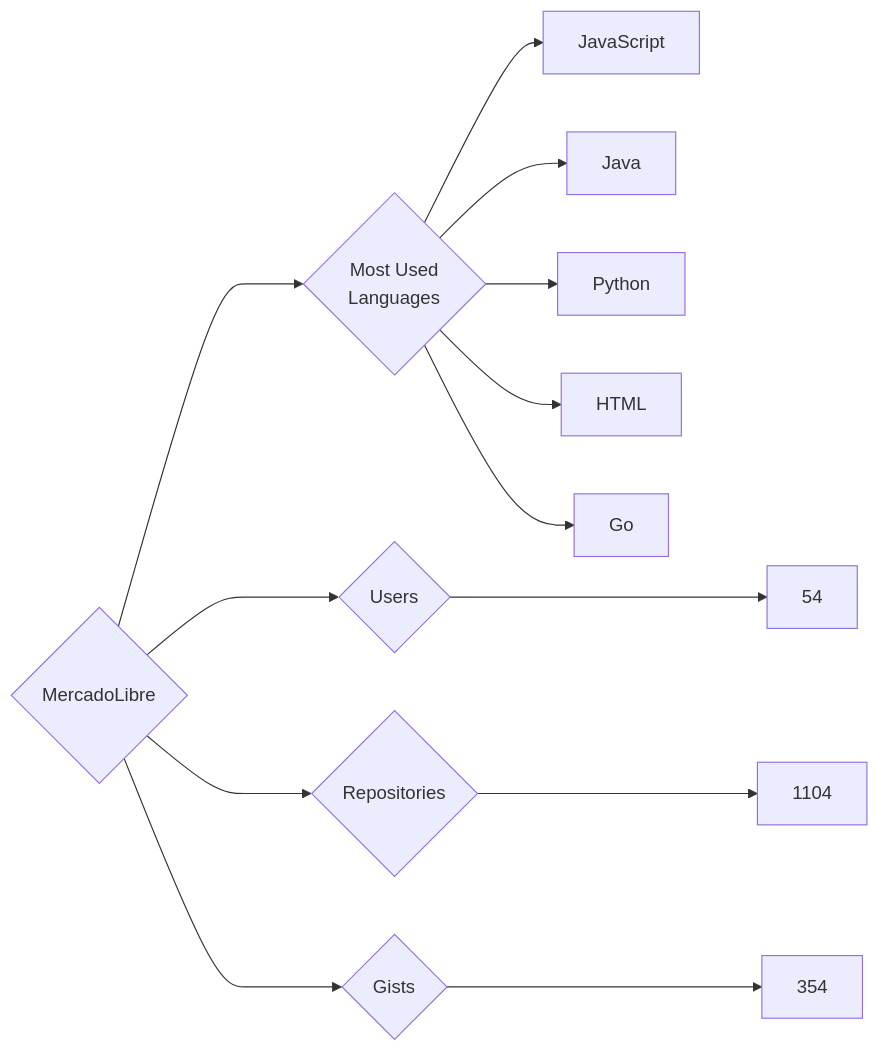
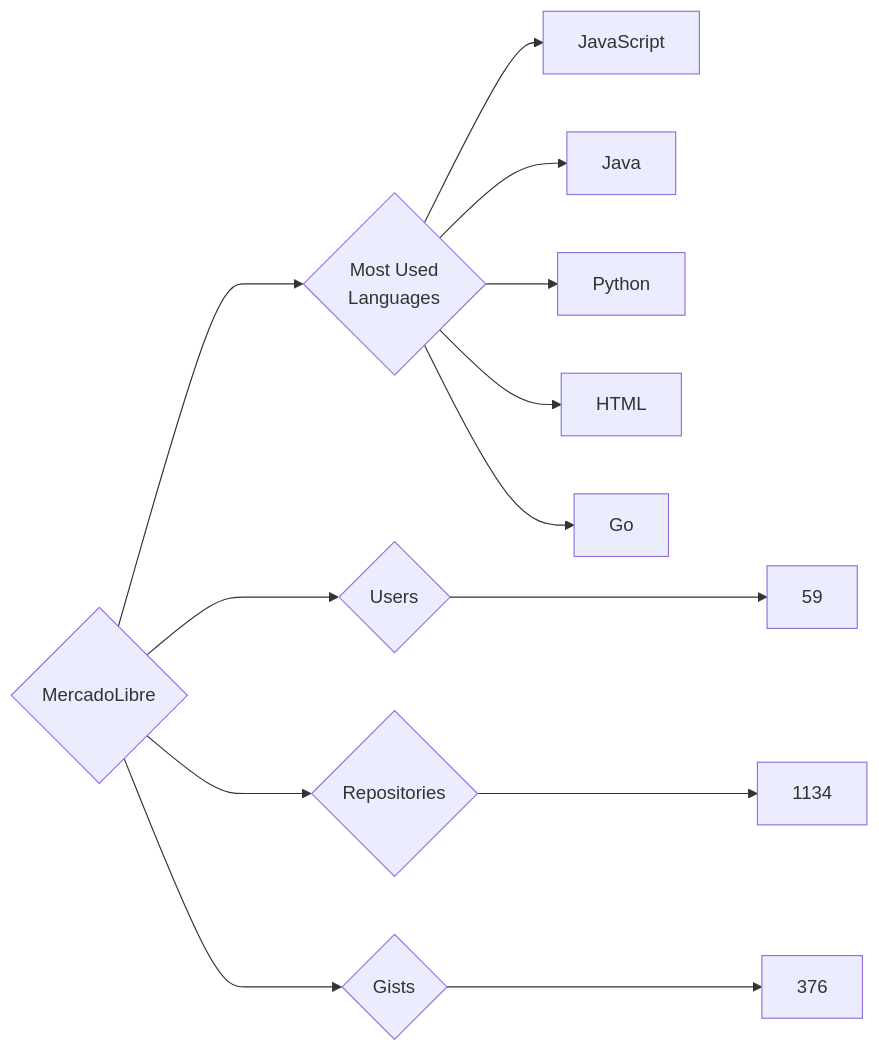
The diagram in targets/MercadoLibre/README.md (trickest/insiders), drawn with Mermaid before and after one commit. The commit also changed 895 other files, not shown here.

````diff
--- a/targets/MercadoLibre/README.md
+++ b/targets/MercadoLibre/README.md
@@ -3,13 +3,13 @@
 ```mermaid
 graph LR
 COMPANY_NAME{MercadoLibre}
-COMPANY_NAME ---> U{Users} ---> UN[54]
-COMPANY_NAME ---> R{Repositories} ---> RN[1104]
-COMPANY_NAME ---> G{Gists} ---> GN[354]
+COMPANY_NAME ---> U{Users} ---> UN[59]
+COMPANY_NAME ---> R{Repositories} ---> RN[1134]
+COMPANY_NAME ---> G{Gists} ---> GN[376]
 COMPANY_NAME ---> ML{Most Used<br>Languages}
 ML --> JavaScript[JavaScript]
 ML --> Java[Java]
 ML --> Python[Python]
 ML --> HTML[HTML]
 ML --> Go[Go]
 ```
````
